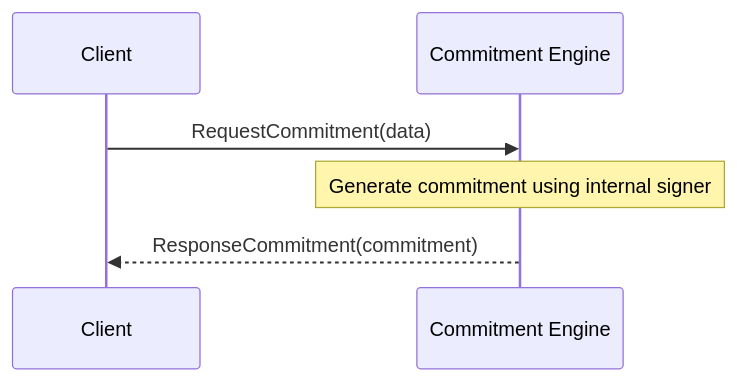
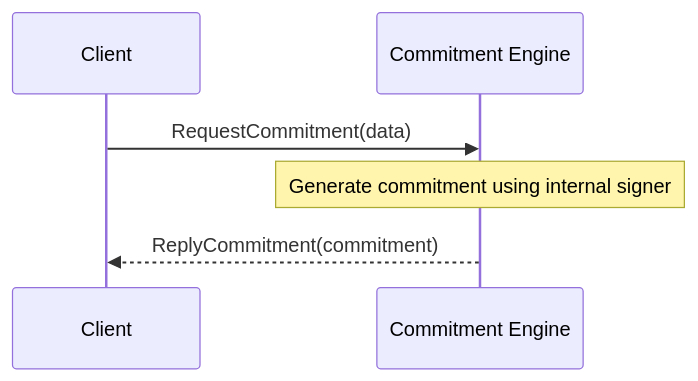
The diagram in docs/arch/node/engines/commitment_messages.juvix.md (anoma/nspec), drawn with Mermaid before and after one commit. The commit also changed other lines of this file and 37 other files, not shown here.

Commit message:
Renamed all instances of "Response" to "Reply" in message interfaces for consistency across commitment, decryption, identity management, and other engines.

````diff
--- a/docs/arch/node/engines/commitment_messages.juvix.md
+++ b/docs/arch/node/engines/commitment_messages.juvix.md
@@ -36,9 +36,9 @@
 ```mermaid
 sequenceDiagram
     participant C as Client
     participant CE as Commitment Engine
 
     C->>CE: RequestCommitment(data)
     Note over CE: Generate commitment using internal signer
-    CE-->>C: ResponseCommitment(commitment)
+    CE-->>C: ReplyCommitment(commitment)
 ```
````
